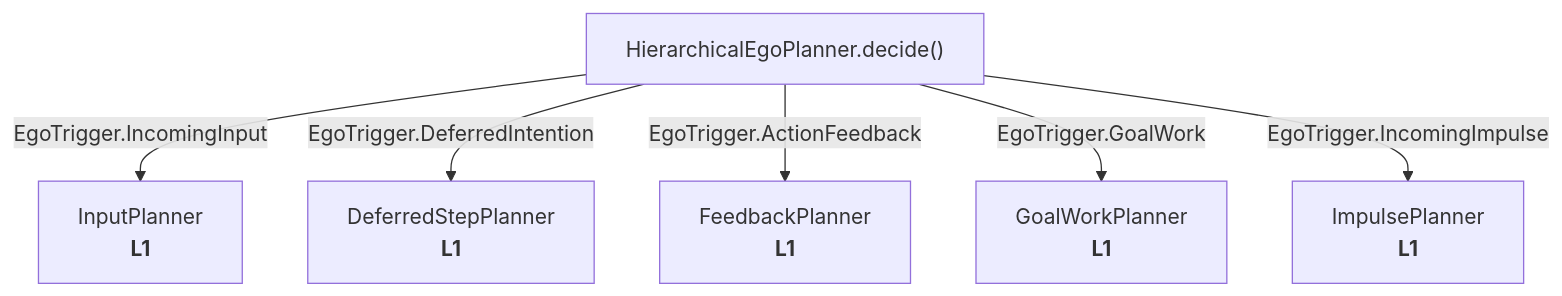
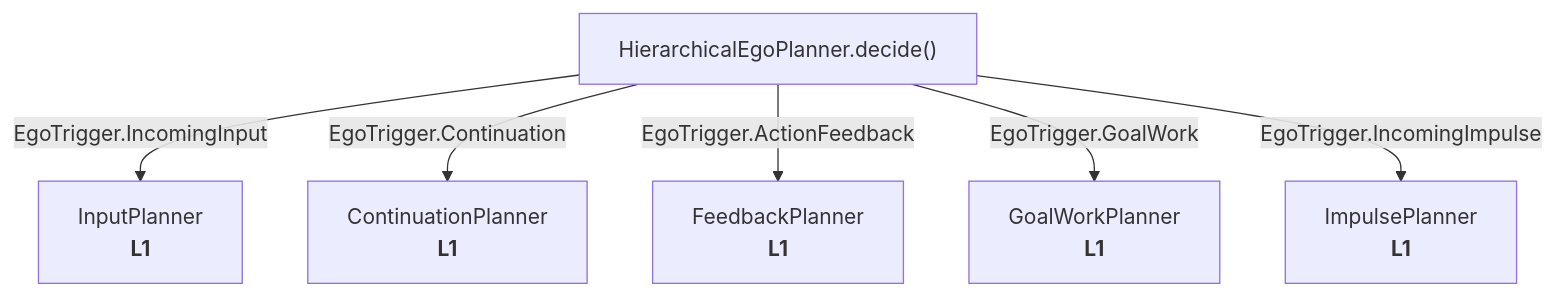
The second of 5 diagrams in docs/PLANNER_FLOW_DIAGRAM.md (neopsyke/NeoPsyke), drawn with Mermaid before and after one commit. The commit also changed other lines of this file and 75 other files, not shown here.

Commit message:
refactor(ego): replace deferred intentions with continuations

````diff
--- a/docs/PLANNER_FLOW_DIAGRAM.md
+++ b/docs/PLANNER_FLOW_DIAGRAM.md
@@ -75,10 +78,10 @@
 ```mermaid
 flowchart TB
     decide["HierarchicalEgoPlanner.decide()"]
 
     decide -->|"EgoTrigger.IncomingInput"| L1_input["InputPlanner<br/><b>L1</b>"]
-    decide -->|"EgoTrigger.DeferredIntention"| L1_deferred["DeferredStepPlanner<br/><b>L1</b>"]
+    decide -->|"EgoTrigger.Continuation"| L1_deferred["ContinuationPlanner<br/><b>L1</b>"]
     decide -->|"EgoTrigger.ActionFeedback"| L1_feedback["FeedbackPlanner<br/><b>L1</b>"]
     decide -->|"EgoTrigger.GoalWork"| L1_goal["GoalWorkPlanner<br/><b>L1</b>"]
     decide -->|"EgoTrigger.IncomingImpulse"| L1_impulse["ImpulsePlanner<br/><b>L1</b>"]
 ```
````
